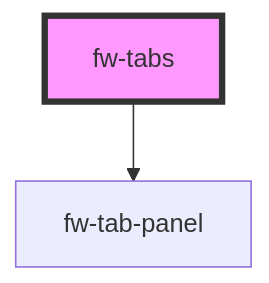
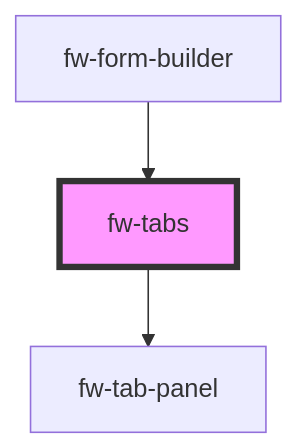
One commit to freshworks/crayons changed the diagram in packages/crayons-core/src/components/tabs/readme.md. Above: the diagram before and after it, drawn with Mermaid. The commit also changed other lines of this file and 25 other files, not shown here.

Commit message:
feat(formm-builder): form builder components

````diff
--- a/packages/crayons-core/src/components/tabs/readme.md
+++ b/packages/crayons-core/src/components/tabs/readme.md
@@ -143,5 +147,6 @@
 ```mermaid
 graph TD;
   fw-tabs --> fw-tab-panel
+  fw-form-builder --> fw-tabs
   style fw-tabs fill:#f9f,stroke:#333,stroke-width:4px
 ```
````
